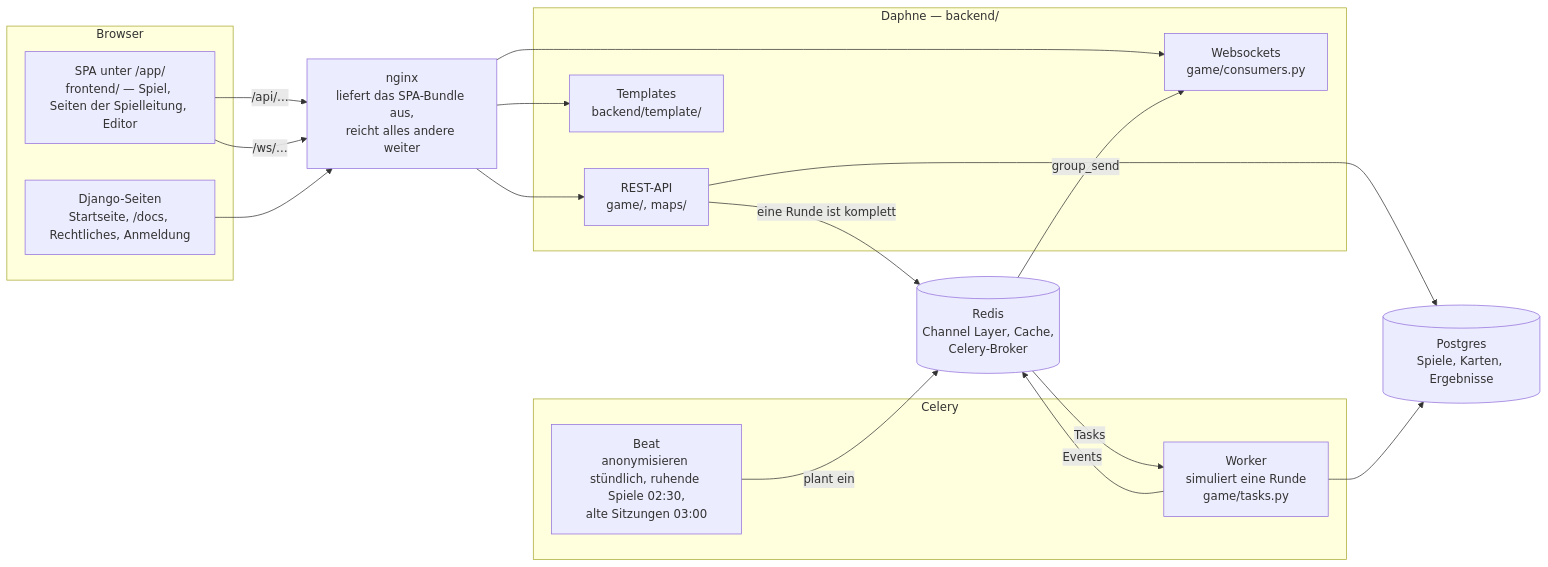
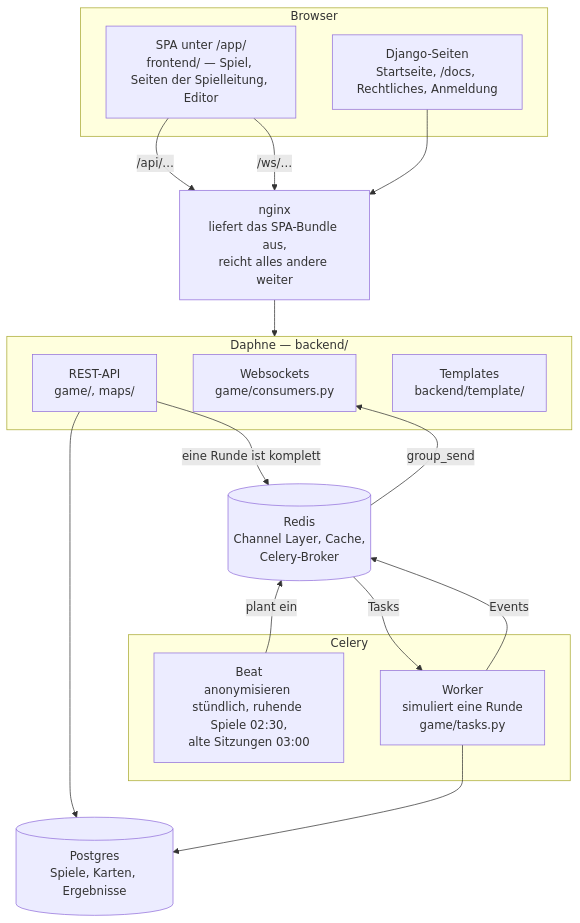
Before and after one commit to luke-hirsch/co2mmute: the first of 12 diagrams in docs/de-flowcharts.md, drawn with Mermaid. The commit also changed 38 other files, not shown here.

````diff
--- a/docs/de-flowcharts.md
+++ b/docs/de-flowcharts.md
@@ -26,33 +26,35 @@
 ```mermaid
-flowchart LR
+flowchart TB
     subgraph browser["Browser"]
         spa["SPA unter /app/<br>frontend/ — Spiel, Seiten der Spielleitung, Editor"]
         pages["Django-Seiten<br>Startseite, /docs, Rechtliches, Anmeldung"]
     end
     nginx["nginx<br>liefert das SPA-Bundle aus,<br>reicht alles andere weiter"]
     subgraph daphne["Daphne — backend/"]
+        ws["Websockets<br>game/consumers.py"]
         rest["REST-API<br>game/, maps/"]
         tpl["Templates<br>backend/template/"]
-        ws["Websockets<br>game/consumers.py"]
     end
+    redis[("Redis<br>Channel Layer, Cache,<br>Celery-Broker")]
     subgraph celery["Celery"]
+        beat["Beat<br>anonymisieren stündlich, ruhende Spiele 02:30,<br>alte Sitzungen 03:00"]
         worker["Worker<br>simuliert eine Runde<br>game/tasks.py"]
-        beat["Beat<br>anonymisieren stündlich, ruhende Spiele 02:30,<br>alte Sitzungen 03:00"]
     end
     pg[("Postgres<br>Spiele, Karten, Ergebnisse")]
-    redis[("Redis<br>Channel Layer, Cache,<br>Celery-Broker")]
 
     spa -->|"/api/…"| nginx
     spa -->|"/ws/…"| nginx
     pages --> nginx
-    nginx --> rest
-    nginx --> tpl
-    nginx --> ws
+    nginx --> daphne
+    %% ~~~ ist unsichtbar: hält die Websockets über Redis und Beat darunter,
+    %% damit das Diagramm hochkant bleibt und neben die Haltestellen passt
+    ws ~~~ redis
+    rest -->|"eine Runde ist komplett"| redis
+    redis ~~~ beat
+    redis -->|"Tasks"| worker
+    worker -->|"Events"| redis
+    beat -->|"plant ein"| redis
+    redis -->|"group_send"| ws
     rest --> pg
-    rest -->|"eine Runde ist komplett"| redis
-    beat -->|"plant ein"| redis
-    redis -->|"Tasks"| worker
     worker --> pg
-    worker -->|"Events"| redis
-    redis -->|"group_send"| ws
 ```
````
